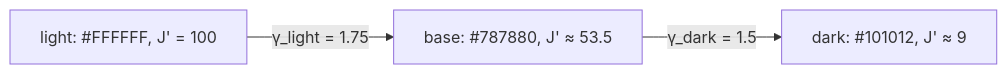
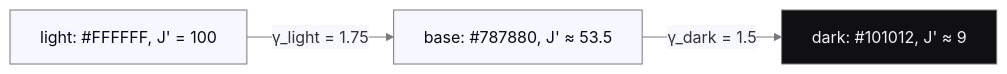
Before and after one commit to Labpics-Team/lab-colors: the second of 4 diagrams in README.md, drawn with Mermaid. The commit also changed other lines of this file, not shown here.

Commit message:
docs(readme): style mermaid diagrams per wave canon (init + classDef + #787880 strokes)

````diff
--- a/README.md
+++ b/README.md
@@ -97,5 +109,16 @@
 ```mermaid
+%%{init: {'theme':'base','themeVariables':{
+  'lineColor':'#787880','textColor':'#0A0A10',
+  'edgeLabelBackground':'#F7F7FF',
+  'clusterBkg':'transparent','clusterBorder':'#787880'
+}}}%%
 graph LR
     L["light: #FFFFFF, J' = 100"] -->|"γ_light = 1.75"| B["base: #787880, J' ≈ 53.5"]
     B -->|"γ_dark = 1.5"| D["dark: #101012, J' ≈ 9"]
+
+    classDef node fill:#F7F7FF,stroke:#787880,color:#0A0A10
+    classDef accent fill:#006FF3,stroke:#787880,color:#FCFDFF
+    classDef dark fill:#101012,stroke:#787880,color:#F2F2FC
+    class L,B node
+    class D dark
 ```
````
